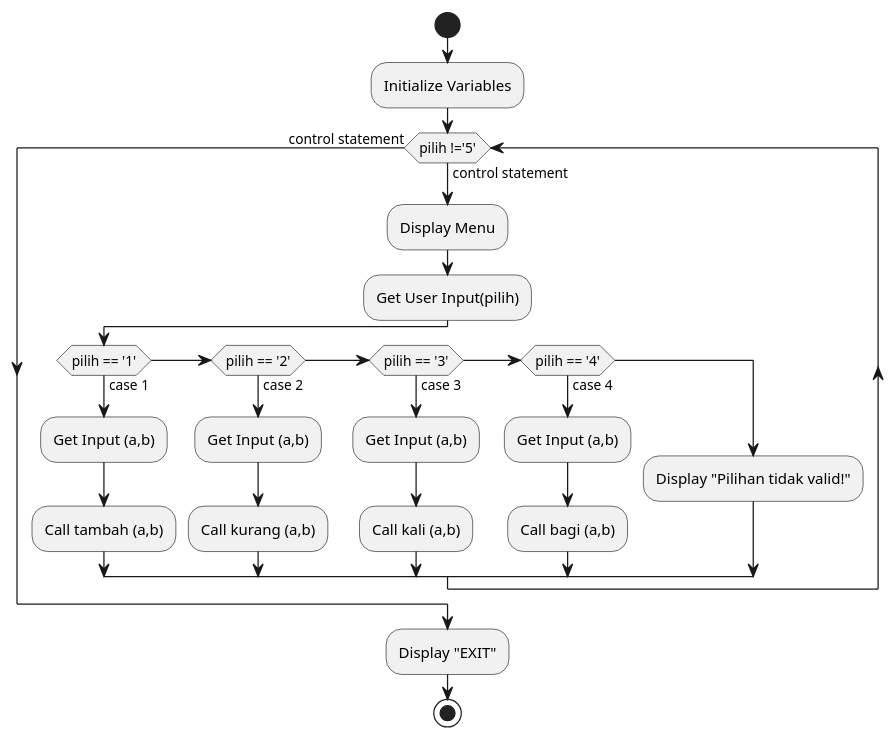
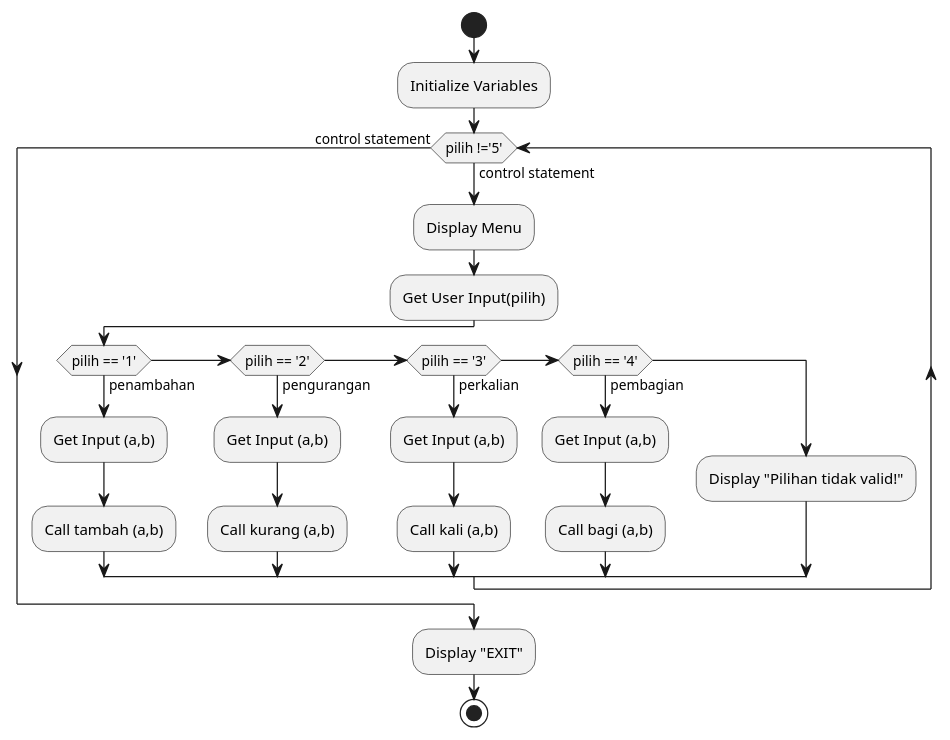
The diagram in soaluts/studikasus.puml (sitiimnwrh/Bahasa-Pemprograman), drawn with PlantUML before and after one commit.

Commit message:
Perubahan

```diff
--- a/soaluts/studikasus.puml
+++ b/soaluts/studikasus.puml
@@ -1,26 +1,26 @@
 @startuml  
 start
 :Initialize Variables;
 while (pilih !='5') is (control statement)
         :Display Menu;
         :Get User Input(pilih);
-        if (pilih == '1') then (case 1)
+        if (pilih == '1') then (penambahan)
                 :Get Input (a,b);
                 :Call tambah (a,b);
-        else if (pilih == '2') then (case 2)
+        else if (pilih == '2') then (pengurangan)
                 :Get Input (a,b);
                 :Call kurang (a,b);
-        else if (pilih == '3') then (case 3)
+        else if (pilih == '3') then (perkalian)
                 :Get Input (a,b);
                 :Call kali (a,b);
-        else if (pilih == '4') then (case 4)
+        else if (pilih == '4') then (pembagian)
                 :Get Input (a,b);
                 :Call bagi (a,b);
         else
                 :Display "Pilihan tidak valid!";
         endif
 endwhile (control statement)
 :Display "EXIT";
 stop
 
 @enduml
```
